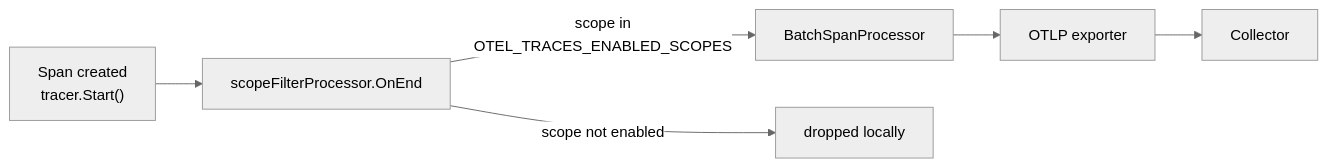
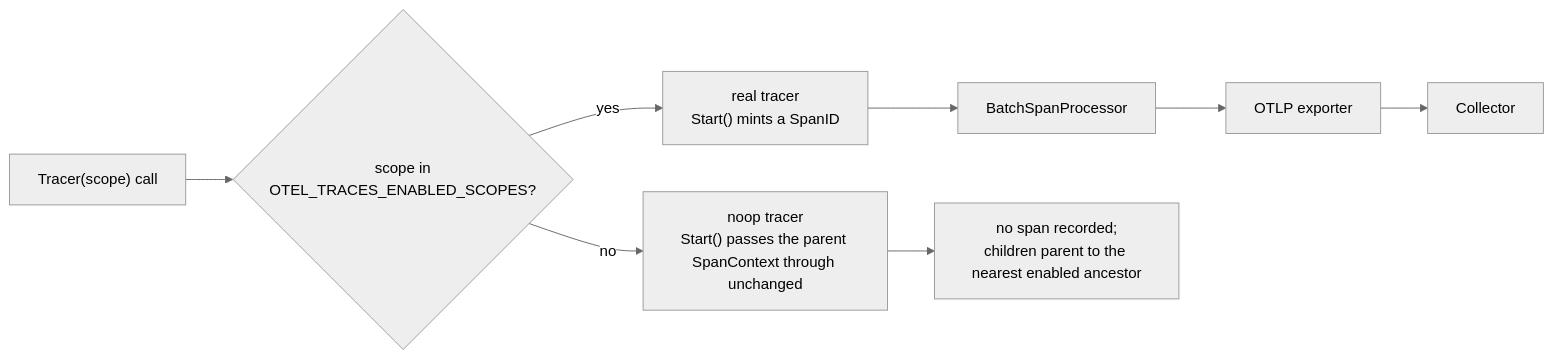
The third of 3 diagrams in proposals/selective-tracing.md (llm-d/llm-d), drawn with Mermaid (neutral theme) before and after one commit. The commit also changed other lines of this file, not shown here.

Commit message:
fix scope-level filtering to avoid orphaned child spans

````diff
--- a/proposals/selective-tracing.md
+++ b/proposals/selective-tracing.md
@@ -174,8 +176,8 @@
 ```mermaid
 flowchart LR
-    A["Span created<br/>tracer.Start()"] --> B["scopeFilterProcessor.OnEnd"]
-    B -->|"scope in<br/>OTEL_TRACES_ENABLED_SCOPES"| C["BatchSpanProcessor"]
-    B -->|"scope not enabled"| D["dropped locally"]
-    C --> E["OTLP exporter"]
-    E --> F["Collector"]
+    A["Tracer(scope) call"] --> B{"scope in<br/>OTEL_TRACES_ENABLED_SCOPES?"}
+    B -->|"yes"| C["real tracer<br/>Start() mints a SpanID"]
+    B -->|"no"| D["noop tracer<br/>Start() passes the parent SpanContext through unchanged"]
+    C --> E["BatchSpanProcessor"] --> F["OTLP exporter"] --> G["Collector"]
+    D --> H["no span recorded;<br/>children parent to the nearest enabled ancestor"]
 ```
````
